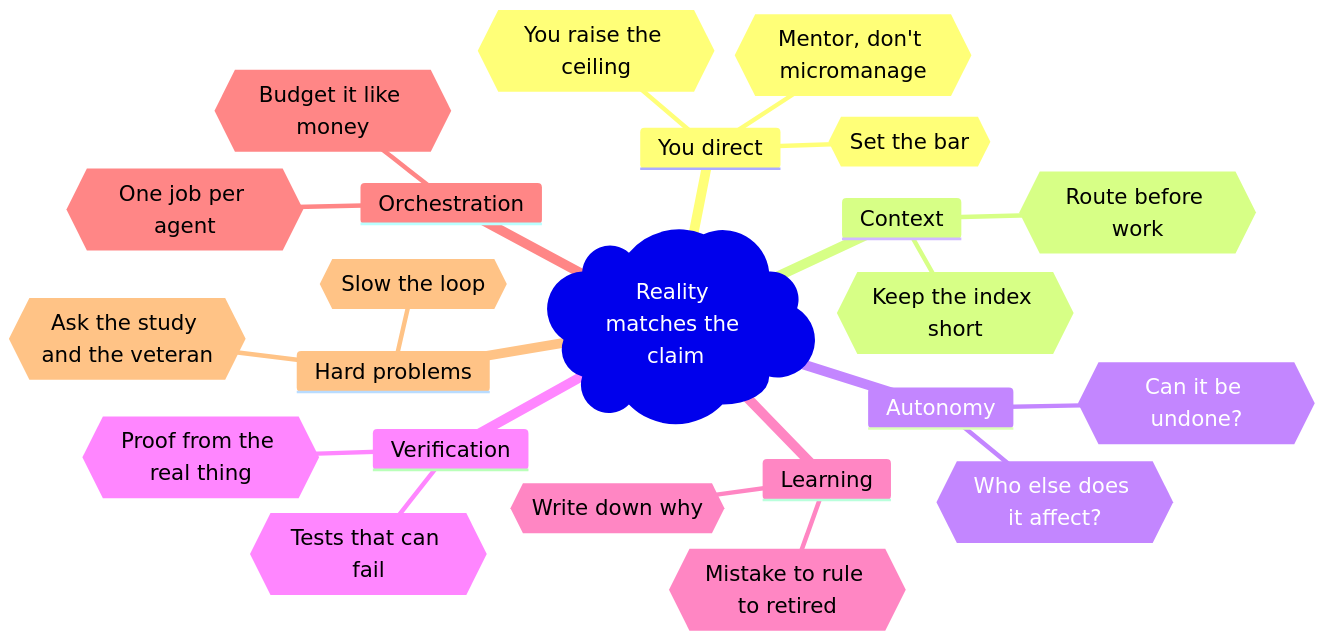
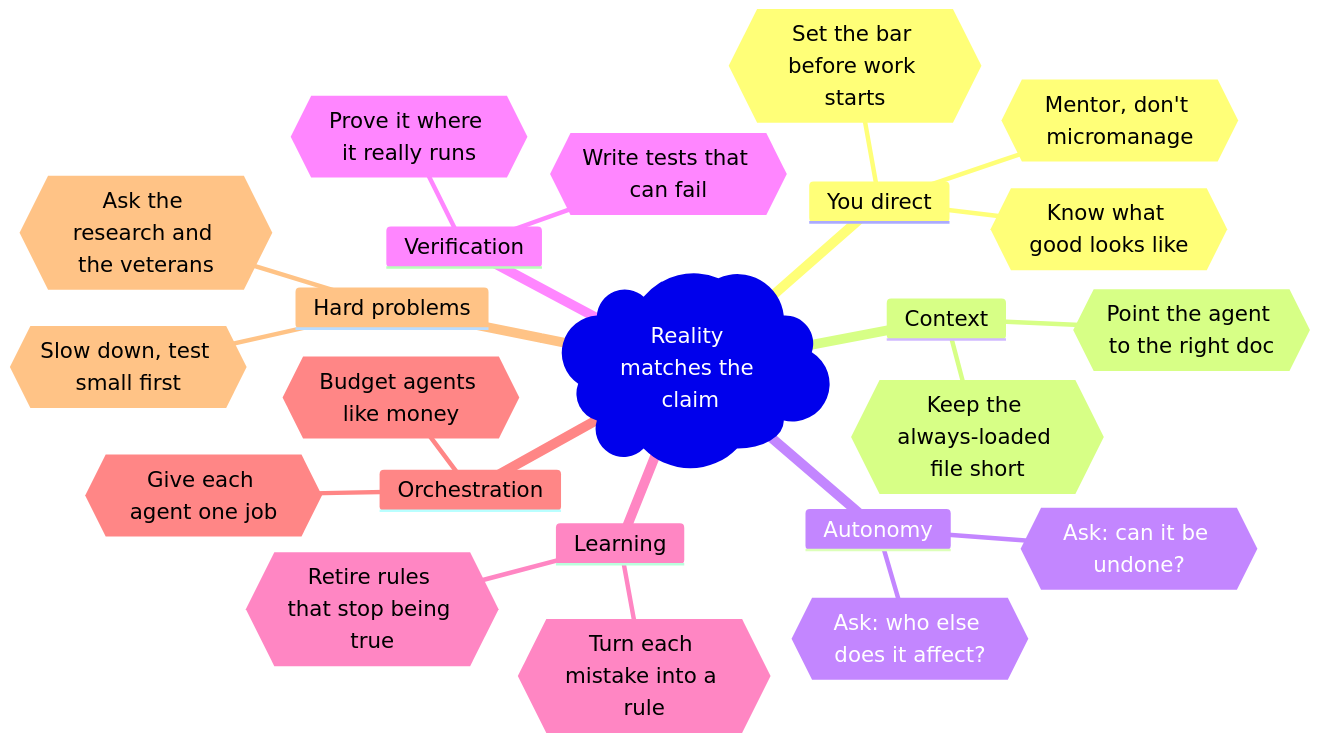
Before and after one commit to Laticent/lattice: the sixth of 6 diagrams in engineering/decisions/2026-09-24-agentic-practice-audit/agentic-engineering-practices.md, drawn with Mermaid. The commit also changed other lines of this file and 1 other file, not shown here.

````diff
--- a/engineering/decisions/2026-09-24-agentic-practice-audit/agentic-engineering-practices.md
+++ b/engineering/decisions/2026-09-24-agentic-practice-audit/agentic-engineering-practices.md
@@ -1465,27 +1465,27 @@
 ```mermaid
 %%{init: {'themeVariables': {'fontSize': '24px'}}}%%
 mindmap
   root)Reality matches the claim(
     You direct
-      {{You raise the ceiling}}
-      {{Set the bar}}
+      {{Know what good looks like}}
+      {{Set the bar before work starts}}
       {{Mentor, don't micromanage}}
     Context
-      {{Keep the index short}}
-      {{Route before work}}
+      {{Keep the always-loaded file short}}
+      {{Point the agent to the right doc}}
     Autonomy
-      {{Can it be undone?}}
-      {{Who else does it affect?}}
+      {{Ask: can it be undone?}}
+      {{Ask: who else does it affect?}}
     Verification
-      {{Proof from the real thing}}
-      {{Tests that can fail}}
+      {{Prove it where it really runs}}
+      {{Write tests that can fail}}
     Learning
-      {{Mistake to rule to retired}}
-      {{Write down why}}
+      {{Turn each mistake into a rule}}
+      {{Retire rules that stop being true}}
     Orchestration
-      {{One job per agent}}
-      {{Budget it like money}}
+      {{Give each agent one job}}
+      {{Budget agents like money}}
     Hard problems
-      {{Slow the loop}}
-      {{Ask the study and the veteran}}
+      {{Slow down, test small first}}
+      {{Ask the research and the veterans}}
 ```
````
